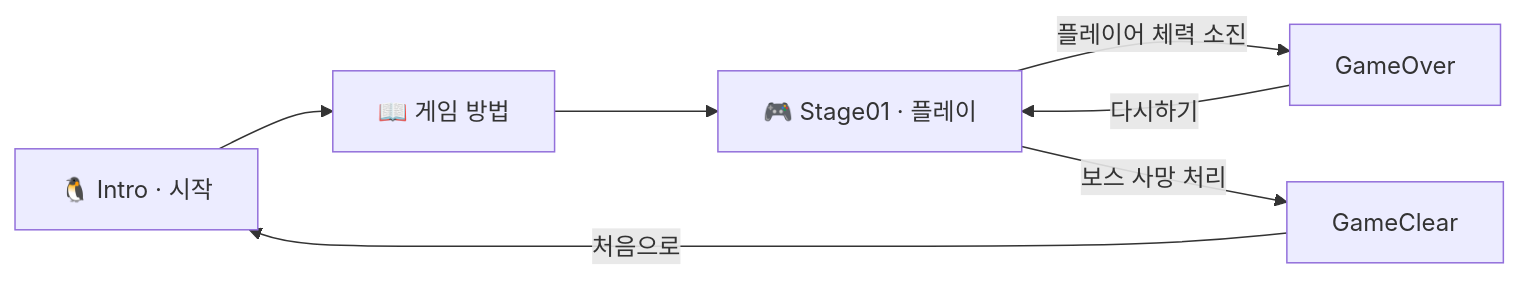
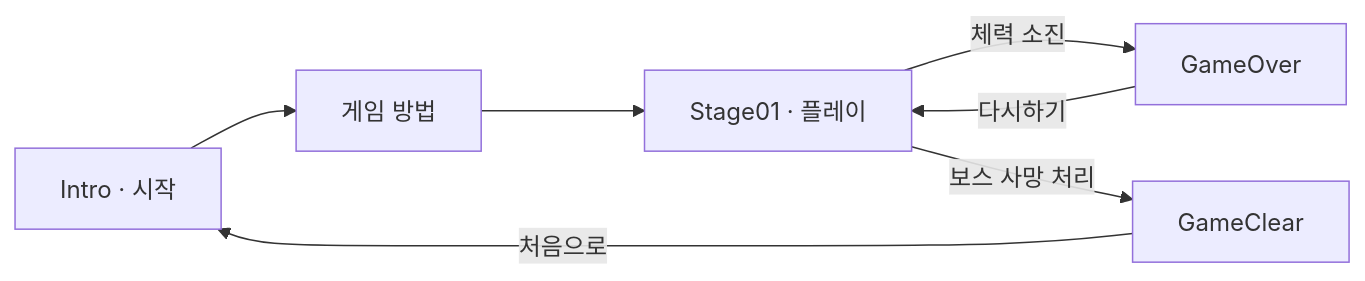
Before and after one commit to 23-25-GameFactory/23-GameFactory: the diagram in README.md, drawn with Mermaid. The commit also changed other lines of this file, not shown here.

````diff
--- a/README.md
+++ b/README.md
@@ -73,9 +31,9 @@
 ```mermaid
 flowchart LR
-    A["🐧 Intro · 시작"] --> B["📖 게임 방법"]
-    B --> C["🎮 Stage01 · 플레이"]
-    C -->|플레이어 체력 소진| D["GameOver"]
+    A["Intro · 시작"] --> B["게임 방법"]
+    B --> C["Stage01 · 플레이"]
+    C -->|체력 소진| D["GameOver"]
     C -->|보스 사망 처리| E["GameClear"]
     D -->|다시하기| C
     E -->|처음으로| A
 ```
````
